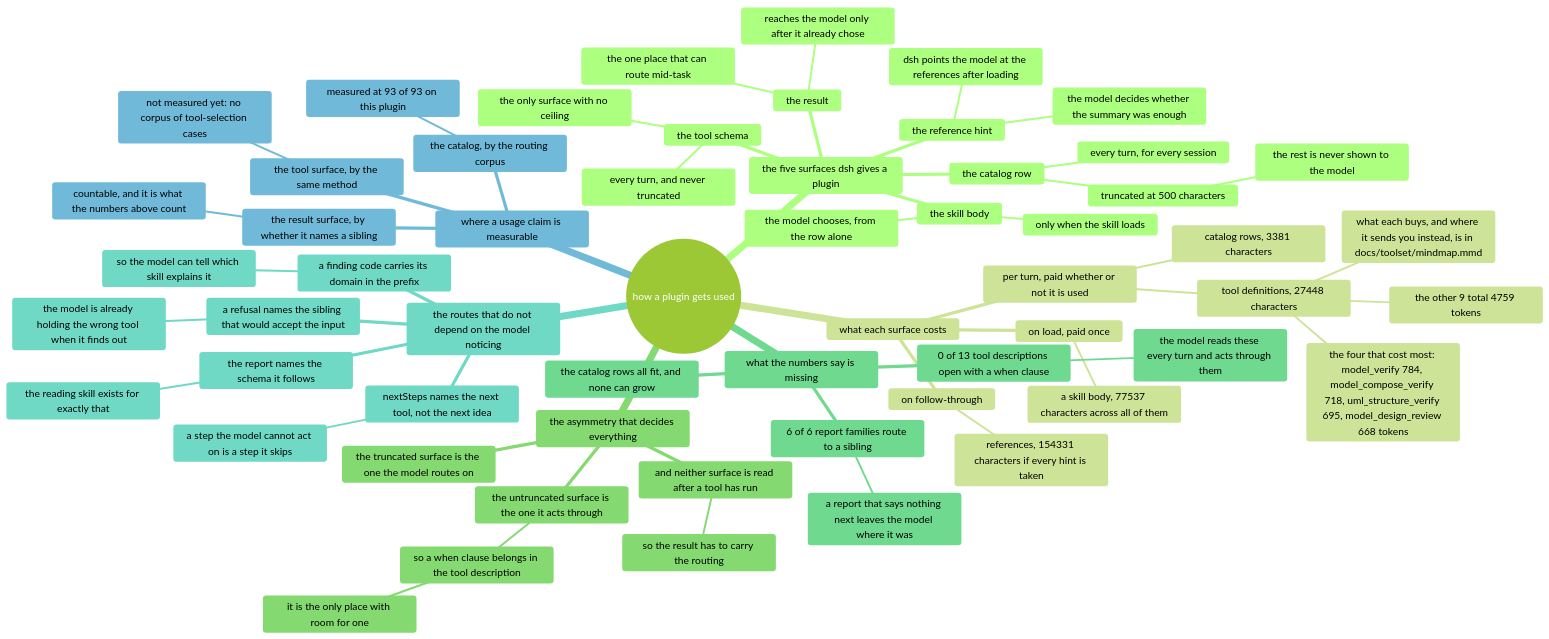
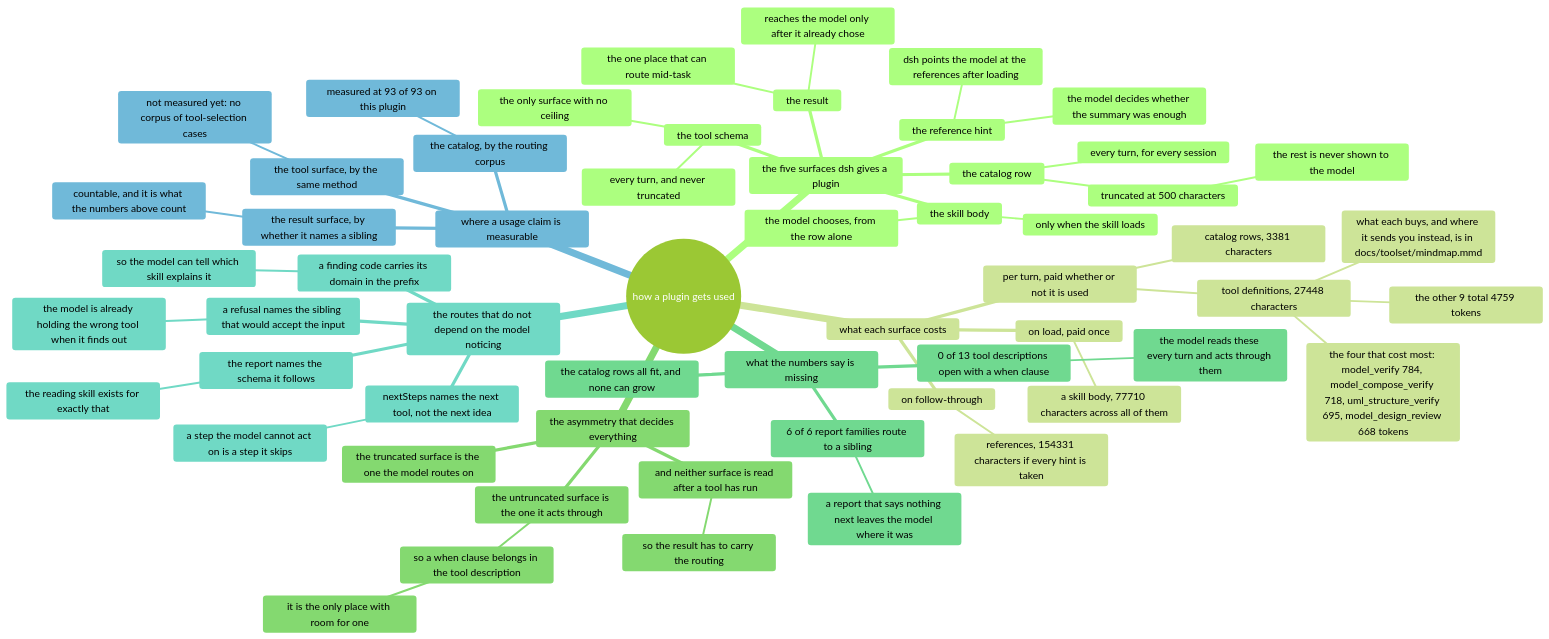
Before and after one commit to AmethystLuna/dsh-model-everything: the diagram in docs/usage/mindmap.mmd, drawn with Mermaid (forest theme). The commit also changed 24 other files, not shown here.

```diff
--- a/docs/usage/mindmap.mmd
+++ b/docs/usage/mindmap.mmd
@@ -1,59 +1,59 @@
 mindmap
 root((how a plugin gets used))
   the five surfaces dsh gives a plugin
     the catalog row
       every turn, for every session
       truncated at 500 characters
         the rest is never shown to the model
     the skill body
       only when the skill loads
       the model chooses, from the row alone
     the reference hint
       dsh points the model at the references after loading
       the model decides whether the summary was enough
     the tool schema
       every turn, and never truncated
       the only surface with no ceiling
     the result
       reaches the model only after it already chose
       the one place that can route mid-task
   what each surface costs
     per turn, paid whether or not it is used
       catalog rows, 3381 characters
       tool definitions, 27448 characters
         the four that cost most: model_verify 784, model_compose_verify 718, uml_structure_verify 695, model_design_review 668 tokens
         the other 9 total 4759 tokens
         what each buys, and where it sends you instead, is in docs/toolset/mindmap.mmd
     on load, paid once
-      a skill body, 77537 characters across all of them
+      a skill body, 77710 characters across all of them
     on follow-through
       references, 154331 characters if every hint is taken
   the asymmetry that decides everything
     the truncated surface is the one the model routes on
     the untruncated surface is the one it acts through
       so a when clause belongs in the tool description
         it is the only place with room for one
     and neither surface is read after a tool has run
       so the result has to carry the routing
   what the numbers say is missing
     0 of 13 tool descriptions open with a when clause
       the model reads these every turn and acts through them
     6 of 6 report families route to a sibling
       a report that says nothing next leaves the model where it was
     the catalog rows all fit, and none can grow
   the routes that do not depend on the model noticing
     a refusal names the sibling that would accept the input
       the model is already holding the wrong tool when it finds out
     nextSteps names the next tool, not the next idea
       a step the model cannot act on is a step it skips
     a finding code carries its domain in the prefix
       so the model can tell which skill explains it
     the report names the schema it follows
       the reading skill exists for exactly that
   where a usage claim is measurable
     the catalog, by the routing corpus
       measured at 93 of 93 on this plugin
     the tool surface, by the same method
       not measured yet: no corpus of tool-selection cases
     the result surface, by whether it names a sibling
       countable, and it is what the numbers above count
```
